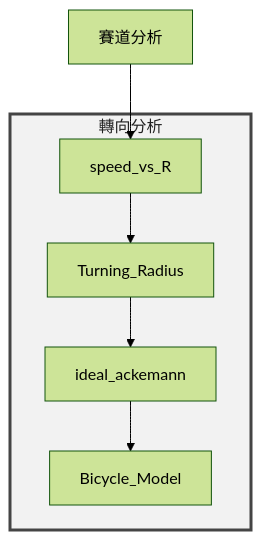
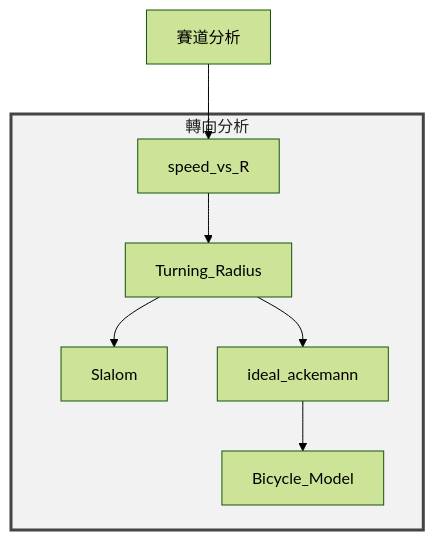
Before and after one commit to DannyHsuC10/Parametric-design: the diagram in analysis/cornering/README.md, drawn with Mermaid (forest theme). The commit also changed other lines of this file and 54 other files, not shown here.

````diff
--- a/analysis/cornering/README.md
+++ b/analysis/cornering/README.md
@@ -5,14 +5,16 @@
 ```mermaid
 graph TD
     track[賽道分析] --> speed[speed_vs_R]
     speed --> radius[Turning_Radius]
+    radius --> slalom[Slalom]
     radius --> ackermann[ideal_ackemann]
     ackermann --> bicycle[Bicycle_Model]
     subgraph turn_group[轉向分析]
         speed
         radius
+        slalom
         ackermann
         bicycle
     end
     style turn_group fill:#f2f2f2,stroke:#444444,stroke-width:3px,color:#222222
 ```
````
